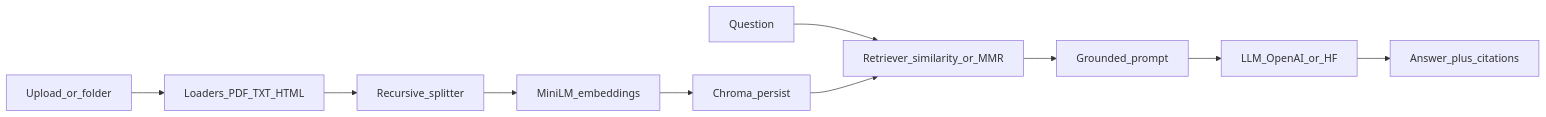
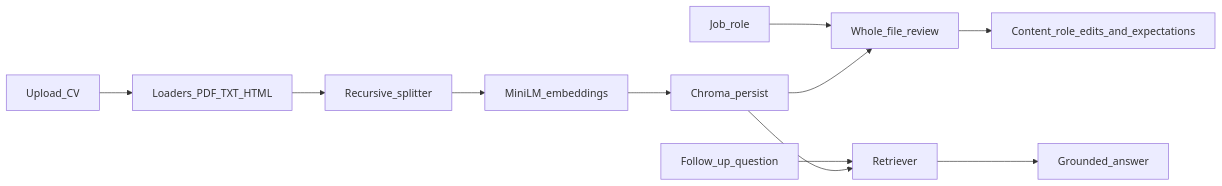
Before and after one commit to nwereonyerex-sudo/RAG-Powered-Document-Q-A-System: the diagram in README.md, drawn with Mermaid. The commit also changed other lines of this file and 2 other files, not shown here.

First line of the commit message:
Describe the app as a CV review and record the upload search fault.

````diff
--- a/README.md
+++ b/README.md
@@ -28,12 +29,13 @@
 ```mermaid
 flowchart LR
-  upload[Upload_or_folder] --> loaders[Loaders_PDF_TXT_HTML]
+  upload[Upload_CV] --> loaders[Loaders_PDF_TXT_HTML]
   loaders --> chunk[Recursive_splitter]
   chunk --> embed[MiniLM_embeddings]
   embed --> chroma[Chroma_persist]
-  question[Question] --> retriever[Retriever_similarity_or_MMR]
+  role[Job_role] --> review[Whole_file_review]
+  chroma --> review
+  review --> brief[Content_role_edits_and_expectations]
+  question[Follow_up_question] --> retriever[Retriever]
   chroma --> retriever
-  retriever --> prompt[Grounded_prompt]
-  prompt --> llm[LLM_OpenAI_or_HF]
-  llm --> answer[Answer_plus_citations]
+  retriever --> answer[Grounded_answer]
 ```
````
